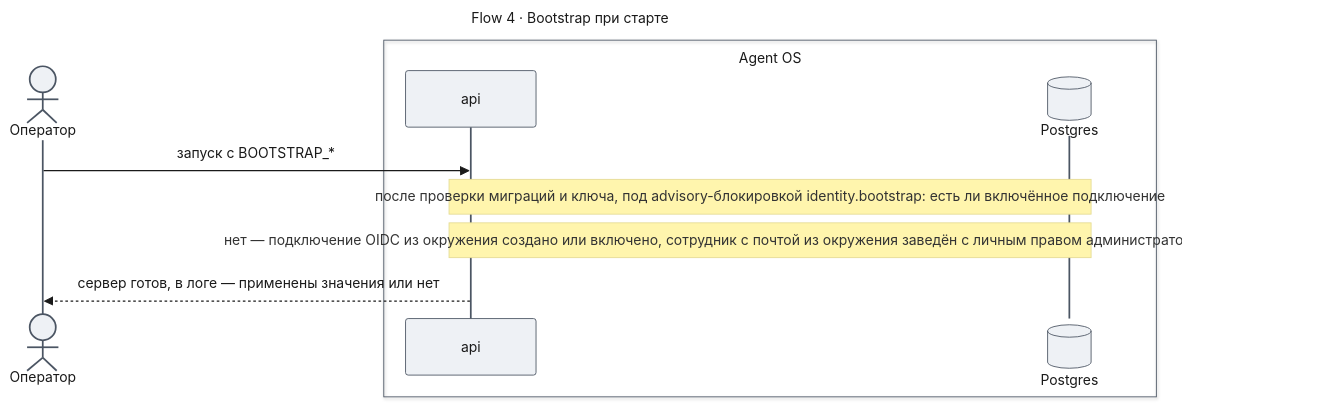
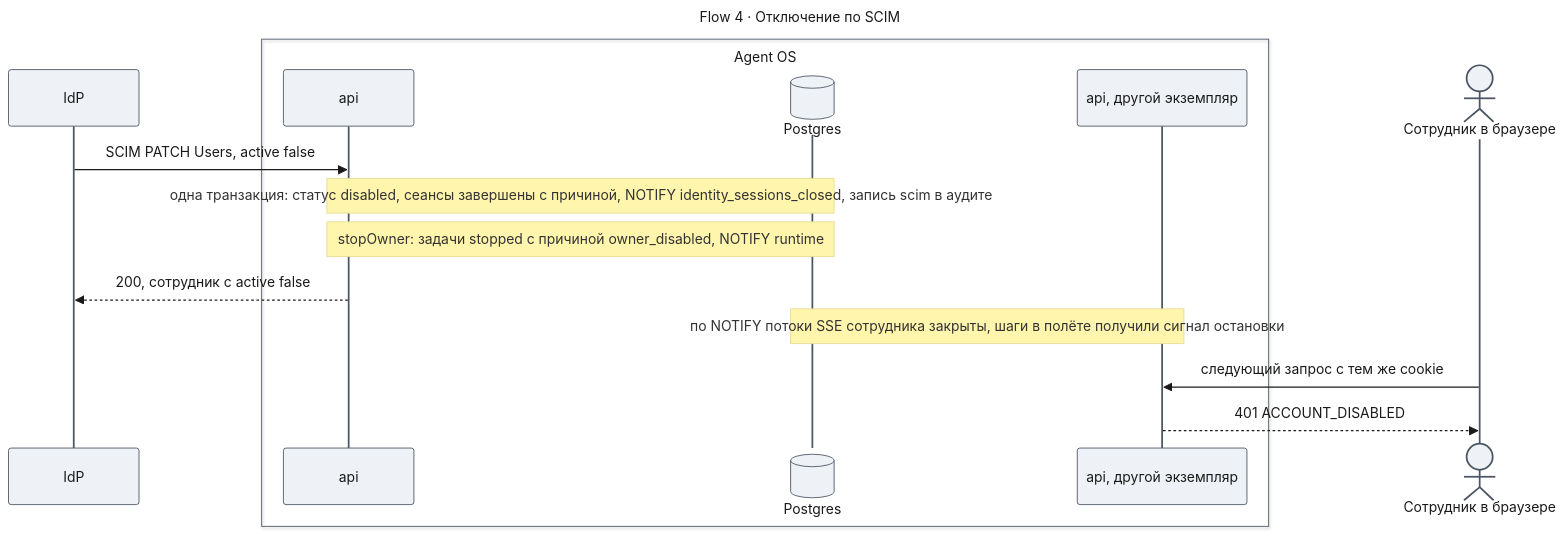
Before and after one commit to tundraray/agent-os: the ninth of 10 diagrams in docs/features/enterprise-access/design-identity.md, drawn with Mermaid. The commit also changed other lines of this file and 4 other files, not shown here.

````diff
--- a/docs/features/enterprise-access/design-identity.md
+++ b/docs/features/enterprise-access/design-identity.md
@@ -673,28 +677,35 @@
 ```mermaid
 ---
-title: "Flow 4 · Bootstrap при старте"
+title: "Flow 4 · Отключение по SCIM"
 config:
   theme: base
   look: classic
   themeVariables:
     primaryColor: "#eef1f5"
     primaryBorderColor: "#4b5563"
     primaryTextColor: "#1a1a1a"
     lineColor: "#6b7280"
   themeCSS: |
-    @keyframes lit_f4{0%,45%{stroke:#991b1b;stroke-width:6px}50%,100%{stroke:#37474f;stroke-width:2px}}
-    @keyframes litr_f4{0%,45%{stroke:#1d4ed8;stroke-width:6px}50%,100%{stroke:#37474f;stroke-width:2px}}
-    .messageLine0[data-id='i0'],.messageLine1[data-id='i0']{animation:lit_f4 2.4s linear 0s infinite}
-    .messageLine0[data-id='i3'],.messageLine1[data-id='i3']{animation:litr_f4 2.4s linear 1.2s infinite}
+    @keyframes lit_f3{0%,22.5%{stroke:#991b1b;stroke-width:6px}25%,100%{stroke:#37474f;stroke-width:2px}}
+    @keyframes litr_f3{0%,22.5%{stroke:#1d4ed8;stroke-width:6px}25%,100%{stroke:#37474f;stroke-width:2px}}
+    .messageLine0[data-id='i0'],.messageLine1[data-id='i0']{animation:lit_f3 4.8s linear 0s infinite}
+    .messageLine0[data-id='i3'],.messageLine1[data-id='i3']{animation:litr_f3 4.8s linear 1.2s infinite}
+    .messageLine0[data-id='i5'],.messageLine1[data-id='i5']{animation:lit_f3 4.8s linear 2.4s infinite}
+    .messageLine0[data-id='i6'],.messageLine1[data-id='i6']{animation:litr_f3 4.8s linear 3.6s infinite}
 ---
 sequenceDiagram
-    actor O as Оператор
+    participant I as IdP
     box Agent OS
     participant A as api
     participant DB@{ "type": "database" } as Postgres
+    participant B as api, другой экземпляр
     end
-    O->>A: запуск с BOOTSTRAP_*
-    Note over A,DB: после проверки миграций и ключа, под advisory-блокировкой identity.bootstrap: есть ли включённое подключение
-    Note over A,DB: нет — подключение OIDC из окружения создано или включено, сотрудник с почтой из окружения заведён с личным правом администратора, запись в аудите
-    A-->>O: сервер готов, в логе — применены значения или нет
+    actor U as Сотрудник в браузере
+    I->>A: SCIM PATCH Users, active false
+    Note over A,DB: одна транзакция: статус disabled, сеансы завершены с причиной, NOTIFY identity_sessions_closed, запись scim в аудите
+    Note over A,DB: stopOwner: задачи stopped с причиной owner_disabled, NOTIFY runtime
+    A-->>I: 200, сотрудник с active false
+    Note over DB,B: по NOTIFY потоки SSE сотрудника закрыты, шаги в полёте получили сигнал остановки
+    U->>B: следующий запрос с тем же cookie
+    B-->>U: 401 ACCOUNT_DISABLED
 ```
````
